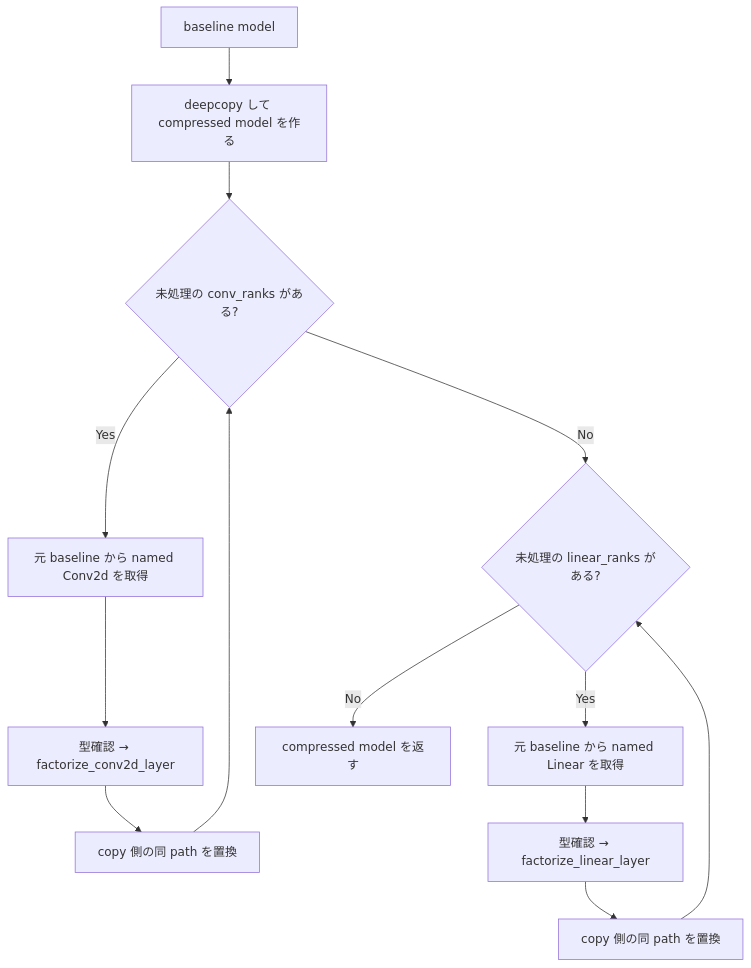
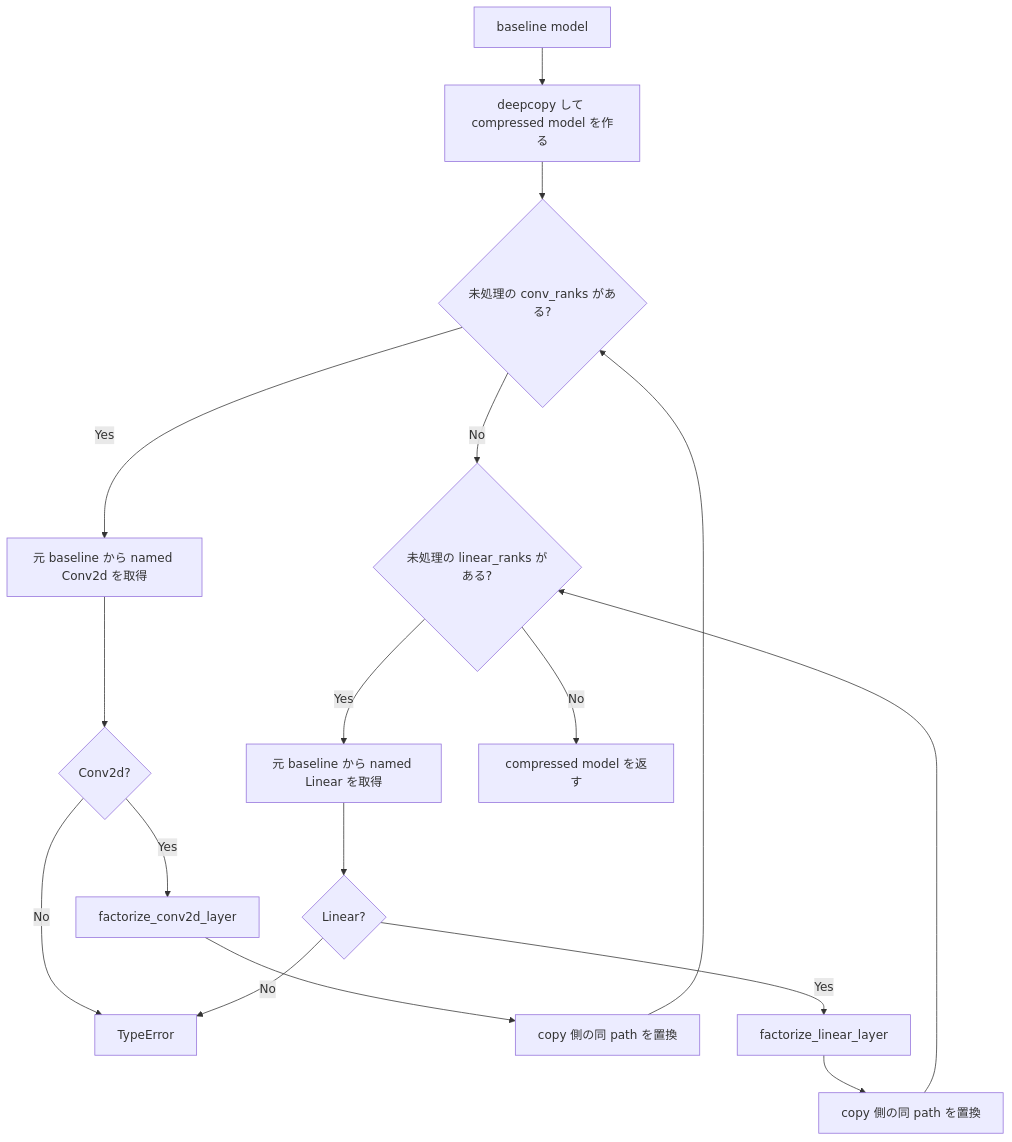
The first of 3 diagrams in docs/07_src設計/05_Core_API_v1/compression/factorize_named_layers.md (astrare2480/nn-compression-svd-dmrg), drawn with Mermaid before and after one commit. The commit also changed other lines of this file, not shown here.

Commit message:
docs: show three diagram types for named layer factorization

````diff
--- a/docs/07_src設計/05_Core_API_v1/compression/factorize_named_layers.md
+++ b/docs/07_src設計/05_Core_API_v1/compression/factorize_named_layers.md
@@ -53,15 +53,19 @@
 ```mermaid
 flowchart TD
     A["baseline model"] --> B["deepcopy して compressed model を作る"]
     B --> C{"未処理の conv_ranks がある?"}
     C -- Yes --> D["元 baseline から named Conv2d を取得"]
-    D --> E["型確認 → factorize_conv2d_layer"]
-    E --> F["copy 側の同 path を置換"]
-    F --> C
-    C -- No --> G{"未処理の linear_ranks がある?"}
-    G -- Yes --> H["元 baseline から named Linear を取得"]
-    H --> I["型確認 → factorize_linear_layer"]
-    I --> J["copy 側の同 path を置換"]
-    J --> G
-    G -- No --> K["compressed model を返す"]
+    D --> E{"Conv2d?"}
+    E -- No --> X["TypeError"]
+    E -- Yes --> F["factorize_conv2d_layer"]
+    F --> G["copy 側の同 path を置換"]
+    G --> C
+    C -- No --> H{"未処理の linear_ranks がある?"}
+    H -- Yes --> I["元 baseline から named Linear を取得"]
+    I --> J{"Linear?"}
+    J -- No --> X
+    J -- Yes --> K["factorize_linear_layer"]
+    K --> L["copy 側の同 path を置換"]
+    L --> H
+    H -- No --> M["compressed model を返す"]
 ```
````
